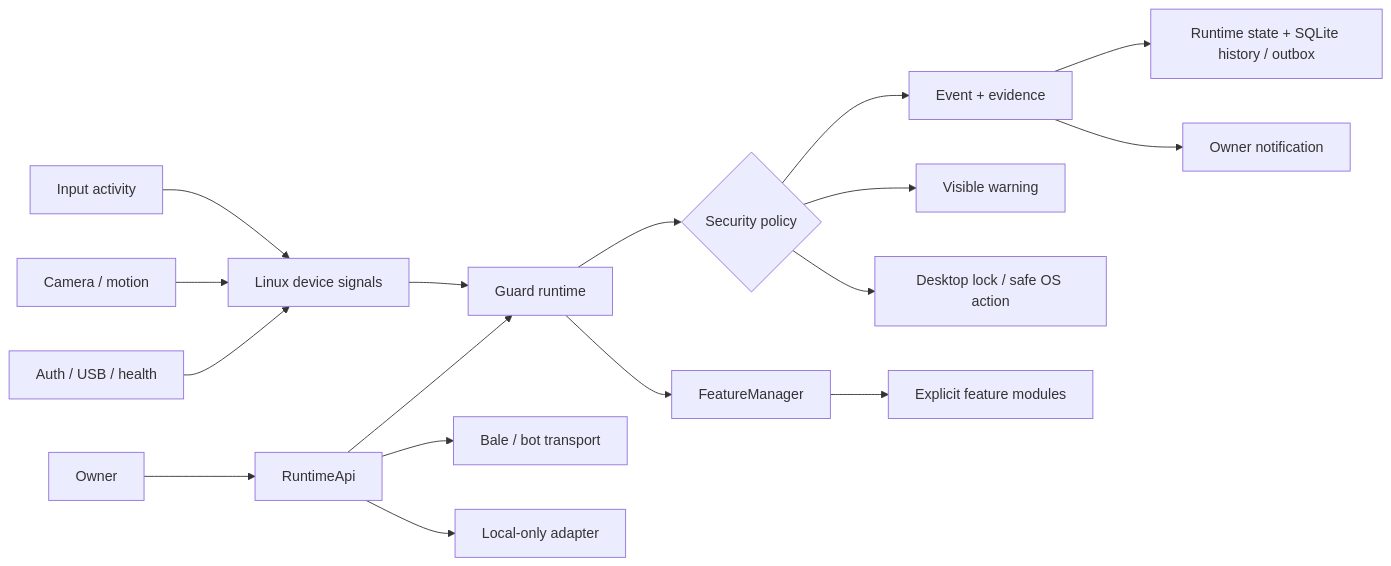
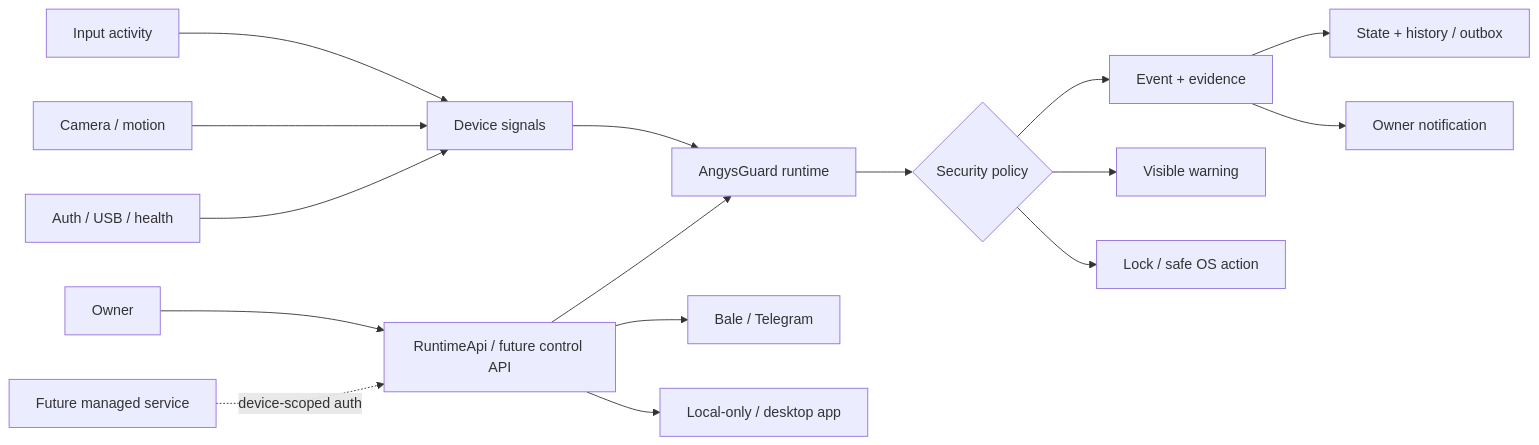
Before and after one commit to Mobin-Karam/angys_guard: the diagram in README.md, drawn with Mermaid. The commit also changed other lines of this file, not shown here.

Commit message:
docs: expand README for AngysGuard platforms and control modes

````diff
--- a/README.md
+++ b/README.md
@@ -99,23 +225,22 @@
 ```mermaid
 flowchart LR
-    A[Linux device signals] --> B[Guard runtime]
+    A[Device signals] --> B[AngysGuard runtime]
     A1[Input activity] --> A
     A2[Camera / motion] --> A
     A3[Auth / USB / health] --> A
 
     B --> C{Security policy}
     C --> D[Event + evidence]
     C --> E[Visible warning]
-    C --> F[Desktop lock / safe OS action]
+    C --> F[Lock / safe OS action]
 
-    D --> G[Runtime state + SQLite history / outbox]
+    D --> G[State + history / outbox]
     D --> H[Owner notification]
 
-    I[Owner] --> J[RuntimeApi]
-    J --> K[Bale / bot transport]
-    J --> L[Local-only adapter]
+    I[Owner] --> J[RuntimeApi / future control API]
+    J --> K[Bale / Telegram]
+    J --> L[Local-only / desktop app]
     J --> B
 
-    B --> M[FeatureManager]
-    M --> N[Explicit feature modules]
+    M[Future managed service] -. device-scoped auth .-> J
 ```
````
